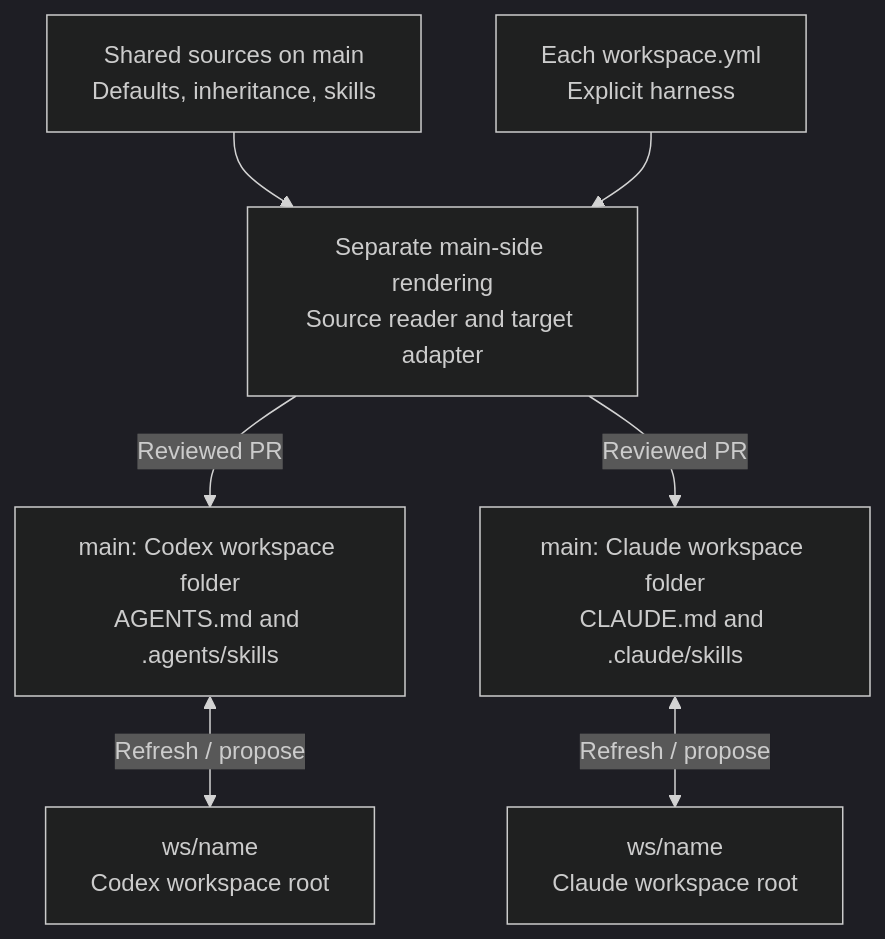
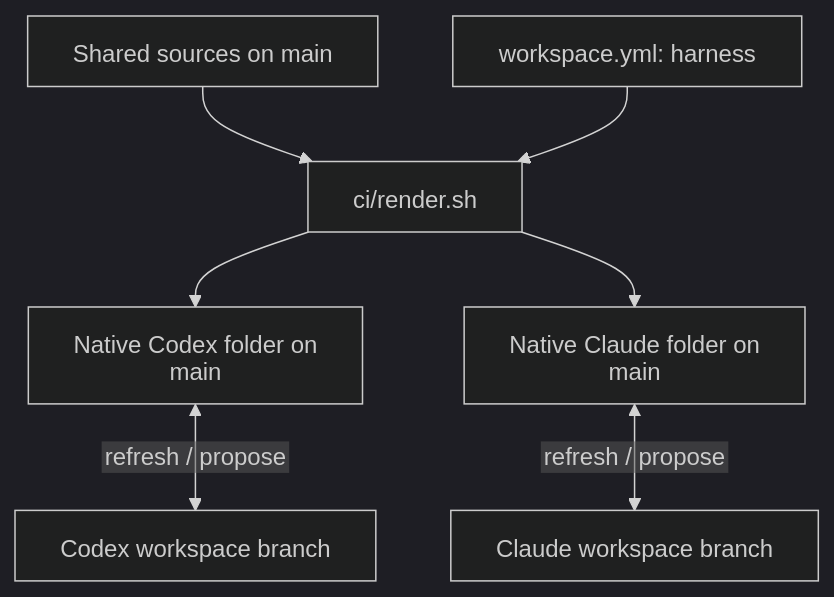
Before and after one commit to Northeastern-Electric-Racing/Delphi: the diagram in docs/design.md, drawn with Mermaid (dark theme). The commit also changed other lines of this file and 11 other files, not shown here.

Commit message:
Simplify harness adapters and protect workspace-owned files

````diff
--- a/docs/design.md
+++ b/docs/design.md
@@ -128,9 +114,15 @@
 ```mermaid
+---
+config:
+  htmlLabels: false
+  flowchart:
+    htmlLabels: false
+---
 flowchart TD
-    S["Shared sources on main<br/>Defaults, inheritance, skills"] --> T["Separate main-side rendering<br/>Source reader and target adapter"]
-    W["Each workspace.yml<br/>Explicit harness"] --> T
-    T -->|"Reviewed PR"| C["main: Codex workspace folder<br/>AGENTS.md and .agents/skills"]
-    T -->|"Reviewed PR"| A["main: Claude workspace folder<br/>CLAUDE.md and .claude/skills"]
-    C <-->|"Refresh / propose"| CB["ws/name<br/>Codex workspace root"]
-    A <-->|"Refresh / propose"| AB["ws/name<br/>Claude workspace root"]
+    S["Shared sources on main"] --> R["ci/render.sh"]
+    W["workspace.yml: harness"] --> R
+    R --> C["Native Codex folder on main"]
+    R --> A["Native Claude folder on main"]
+    C <-->|"refresh / propose"| CB["Codex workspace branch"]
+    A <-->|"refresh / propose"| AB["Claude workspace branch"]
 ```
````
